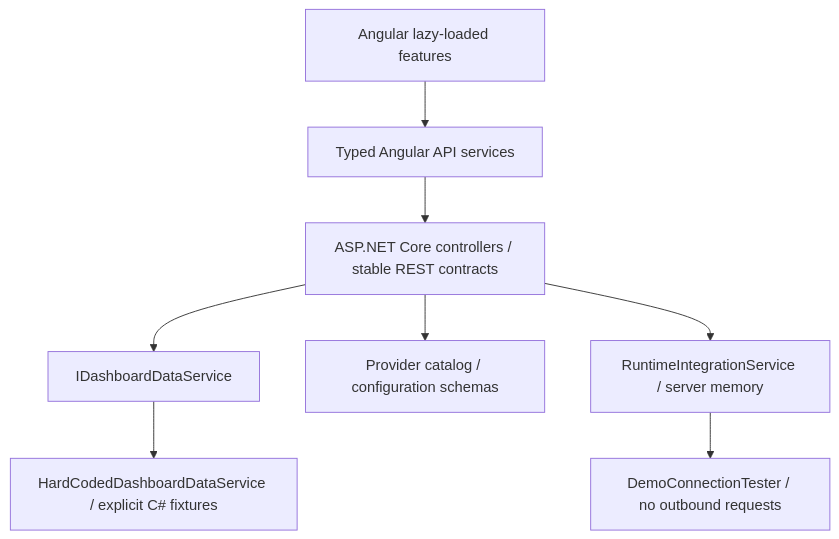
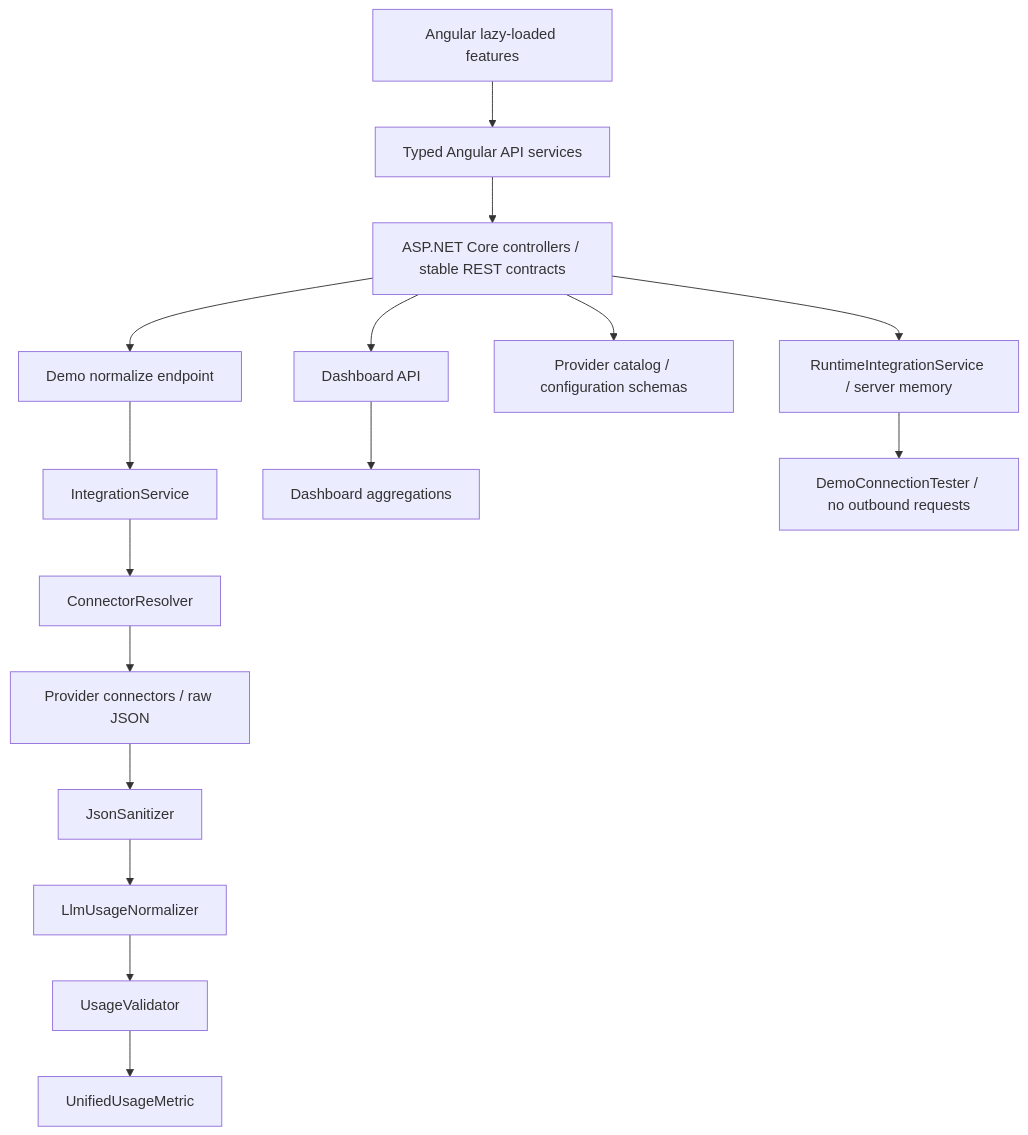
The diagram in README.md (poojahina/unifieddashboard), drawn with Mermaid before and after one commit. The commit also changed other lines of this file and 11 other files, not shown here.

````diff
--- a/README.md
+++ b/README.md
@@ -57,10 +78,18 @@
 ```mermaid
 flowchart TD
   UI[Angular lazy-loaded features] --> Services[Typed Angular API services]
   Services --> API[ASP.NET Core controllers / stable REST contracts]
-  API --> Dashboard[IDashboardDataService]
-  Dashboard --> Fixed[HardCodedDashboardDataService / explicit C# fixtures]
+  API --> Dashboard[Dashboard API]
+  API --> Demo[Demo normalize endpoint]
+  Demo --> Service[IntegrationService]
+  Service --> Resolver[ConnectorResolver]
+  Resolver --> Connectors[Provider connectors / raw JSON]
+  Connectors --> Sanitizer[JsonSanitizer]
+  Sanitizer --> Normalizer[LlmUsageNormalizer]
+  Normalizer --> Validator[UsageValidator]
+  Validator --> Unified[UnifiedUsageMetric]
+  Dashboard --> Fixed[Dashboard aggregations]
   API --> Catalog[Provider catalog / configuration schemas]
   API --> Runtime[RuntimeIntegrationService / server memory]
   Runtime --> Tester[DemoConnectionTester / no outbound requests]
 ```
````
